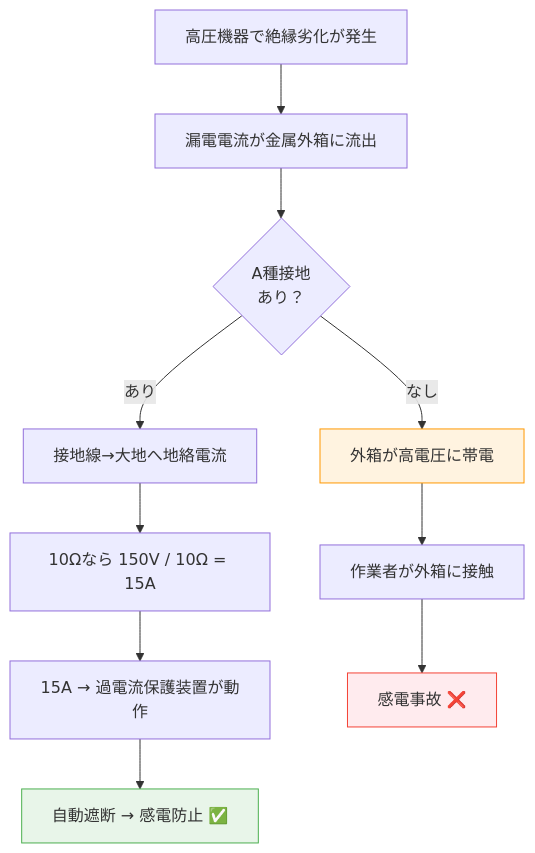
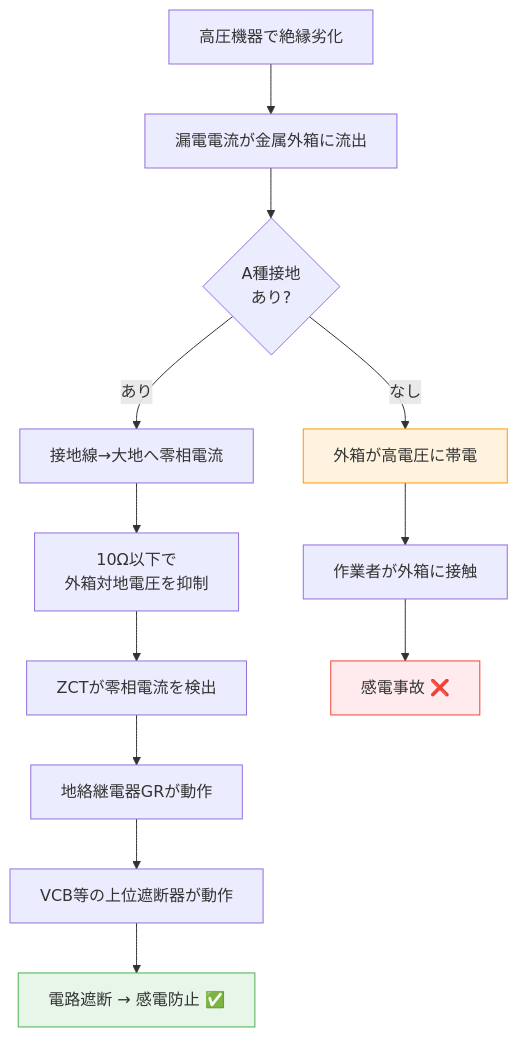
One commit to kfurufuru/denken-wiki changed the second of 2 diagrams in docs/articles/kaishaku/17.md. Above: the diagram before and after it, drawn with Mermaid. The commit also changed other lines of this file and 2 other files, not shown here.

````diff
--- a/docs/articles/kaishaku/17.md
+++ b/docs/articles/kaishaku/17.md
@@ -116,16 +305,18 @@
 ```mermaid
 flowchart TD
-    START["高圧機器で絶縁劣化が発生"] --> LEAK["漏電電流が金属外箱に流出"]
-    LEAK --> Q{"A種接地<br/>あり？"}
-    Q -->|"あり"| GROUND["接地線→大地へ地絡電流"]
-    Q -->|"なし"| DANGER["外箱が高電圧に帯電"]
-    GROUND --> CALC["10Ωなら 150V / 10Ω = 15A"]
-    CALC --> TRIP["15A → 過電流保護装置が動作"]
-    TRIP --> SAFE["自動遮断 → 感電防止 ✅"]
-    DANGER --> TOUCH["作業者が外箱に接触"]
-    TOUCH --> SHOCK["感電事故 ❌"]
+    START[高圧機器で絶縁劣化] --> LEAK[漏電電流が金属外箱に流出]
+    LEAK --> Q{A種接地<br/>あり?}
+    Q -->|あり| GROUND[接地線→大地へ零相電流]
+    Q -->|なし| DANGER[外箱が高電圧に帯電]
+    GROUND --> R10[10Ω以下で<br/>外箱対地電圧を抑制]
+    R10 --> ZCT[ZCTが零相電流を検出]
+    ZCT --> GR[地絡継電器GRが動作]
+    GR --> TRIP[VCB等の上位遮断器が動作]
+    TRIP --> SAFE[電路遮断 → 感電防止 ✅]
+    DANGER --> TOUCH[作業者が外箱に接触]
+    TOUCH --> SHOCK[感電事故 ❌]
 
     style SAFE fill:#e8f5e9,stroke:#4caf50
     style SHOCK fill:#ffebee,stroke:#f44336
     style DANGER fill:#fff3e0,stroke:#ff9800
 ```
````
